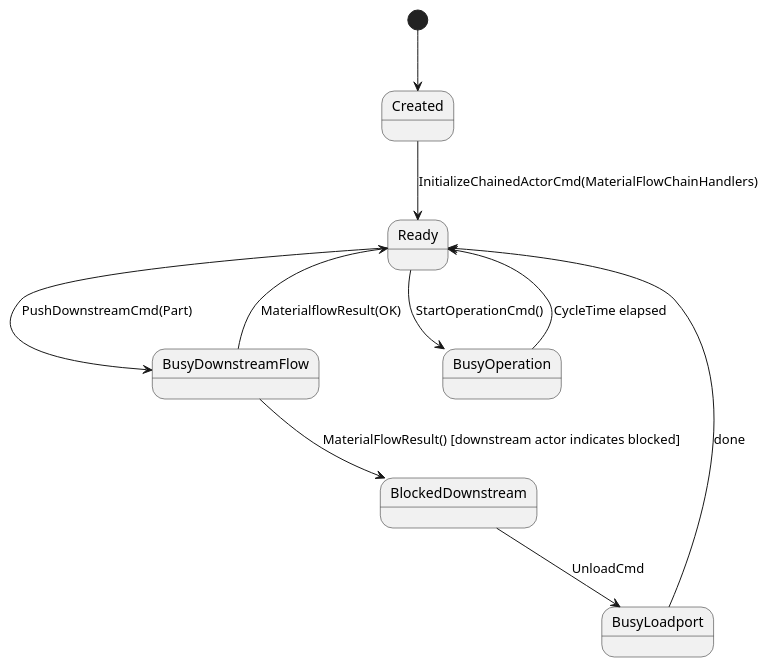
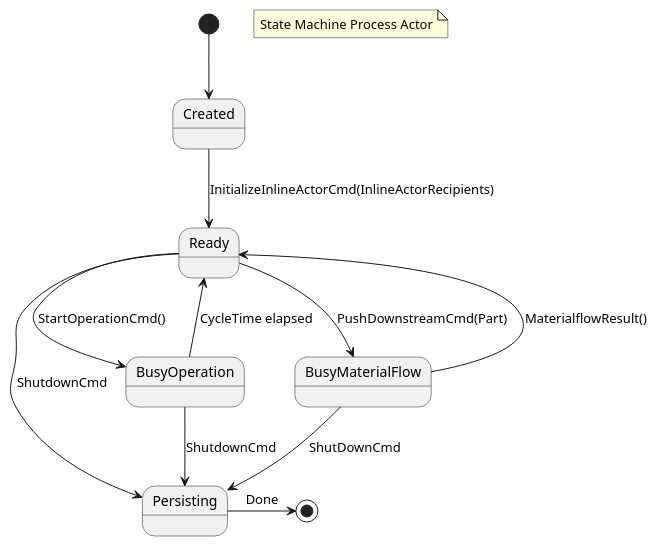
The diagram in doc/process.stat.puml (onouv/mes-tool-mock-cli), drawn with PlantUML before and after one commit. The commit also changed 3 other files, not shown here.

```diff
--- a/doc/process.stat.puml
+++ b/doc/process.stat.puml
@@ -1,18 +1,20 @@
 @startuml
+note "State Machine Process Actor" as N1
 state Created
 state Ready
-state BusyDownstreamFlow
+state BusyMaterialFlow
 state BusyOperation
-state BusyLoadport
+state Persisting
+
 
 [*] --> Created
-Created --> Ready: InitializeChainedActorCmd(MaterialFlowChainHandlers)
-Ready --> BusyDownstreamFlow: PushDownstreamCmd(Part)
-BusyDownstreamFlow --> Ready: MaterialflowResult(OK)
-BusyDownstreamFlow --> BlockedDownstream: MaterialFlowResult() [downstream actor indicates blocked]
+Created --> Ready: InitializeInlineActorCmd(InlineActorRecipients)
+Ready --> BusyMaterialFlow: PushDownstreamCmd(Part)
+BusyMaterialFlow --> Ready: MaterialflowResult()
 Ready --> BusyOperation: StartOperationCmd()
 BusyOperation --> Ready: CycleTime elapsed
-BlockedDownstream --> BusyLoadport: UnloadCmd
-BusyLoadport --> Ready: done
-
+Ready -> Persisting: ShutdownCmd
+BusyOperation -> Persisting: ShutdownCmd
+BusyMaterialFlow -down-> Persisting: ShutDownCmd
+Persisting -> [*]: Done
 @enduml
```
